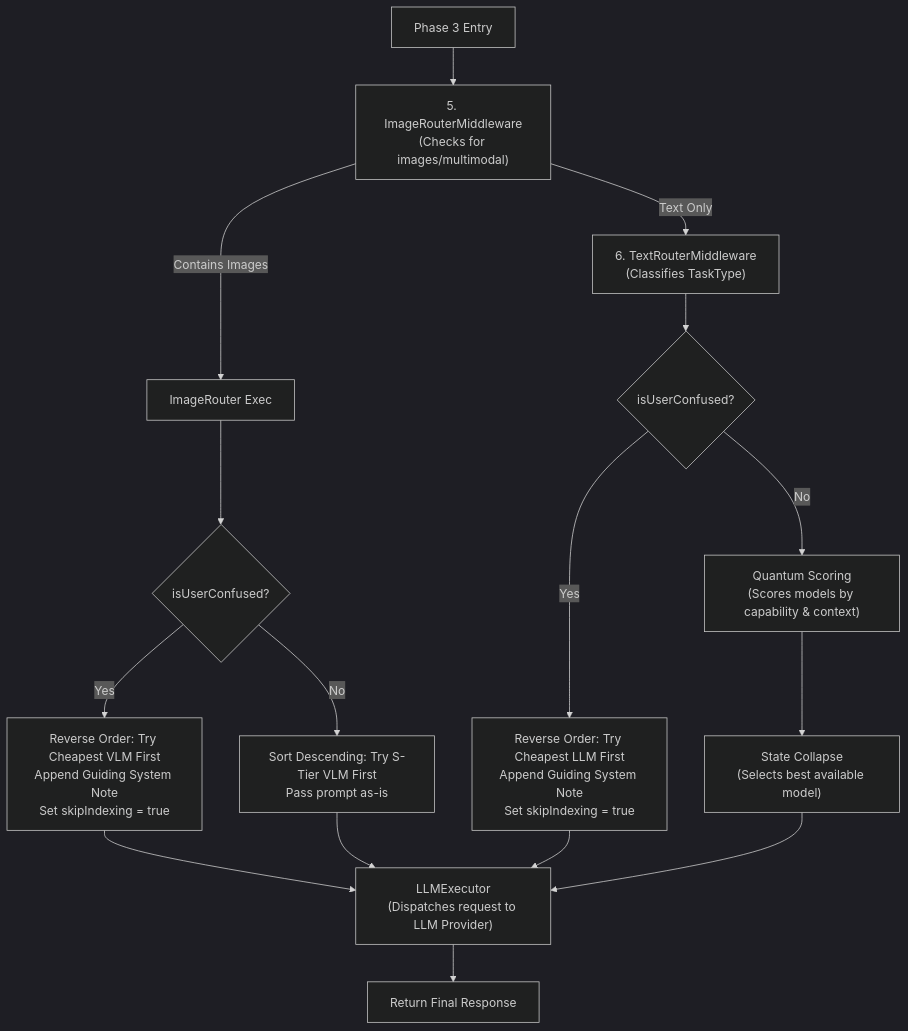
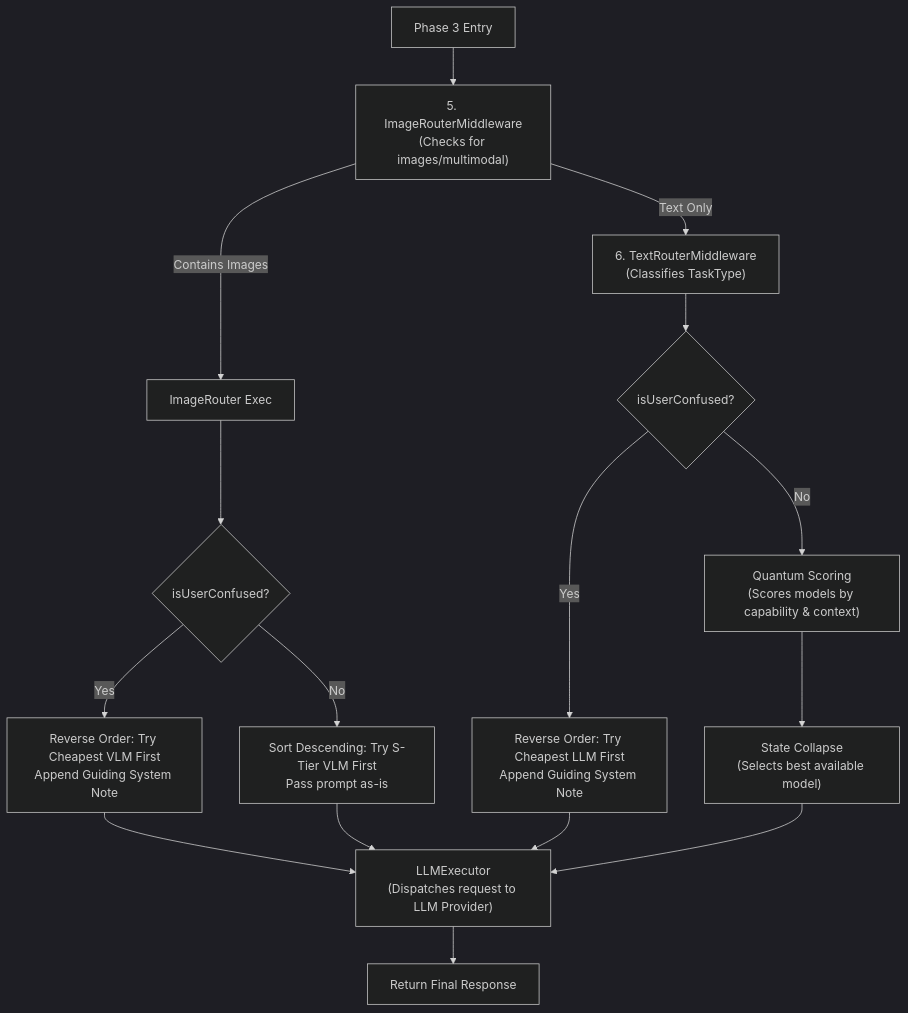
One commit to mnfst/awesome-free-llm-apis changed the third of 5 diagrams in mcp-server/docs/guide.md. Above: the diagram before and after it, drawn with Mermaid (dark theme). The commit also changed other lines of this file and 38 other files, not shown here.

````diff
--- a/mcp-server/docs/guide.md
+++ b/mcp-server/docs/guide.md
@@ -54,18 +54,18 @@
 ```mermaid
 graph TD
     A["Phase 3 Entry"] --> B["5. ImageRouterMiddleware<br/>(Checks for images/multimodal)"]
     B -->|Contains Images| C["ImageRouter Exec"]
     C --> D{isUserConfused?}
-    D -->|Yes| E["Reverse Order: Try Cheapest VLM First<br/>Append Guiding System Note<br/>Set skipIndexing = true"]
+    D -->|Yes| E["Reverse Order: Try Cheapest VLM First<br/>Append Guiding System Note"]
     D -->|No| F["Sort Descending: Try S-Tier VLM First<br/>Pass prompt as-is"]
     B -->|Text Only| G["6. TextRouterMiddleware<br/>(Classifies TaskType)"]
     G --> H{isUserConfused?}
-    H -->|Yes| I["Reverse Order: Try Cheapest LLM First<br/>Append Guiding System Note<br/>Set skipIndexing = true"]
+    H -->|Yes| I["Reverse Order: Try Cheapest LLM First<br/>Append Guiding System Note"]
     H -->|No| J["Quantum Scoring<br/>(Scores models by capability & context)"]
     J --> K["State Collapse<br/>(Selects best available model)"]
     E --> L["LLMExecutor<br/>(Dispatches request to LLM Provider)"]
     F --> L
     I --> L
     K --> L
     L --> M["Return Final Response"]
 ```
````
